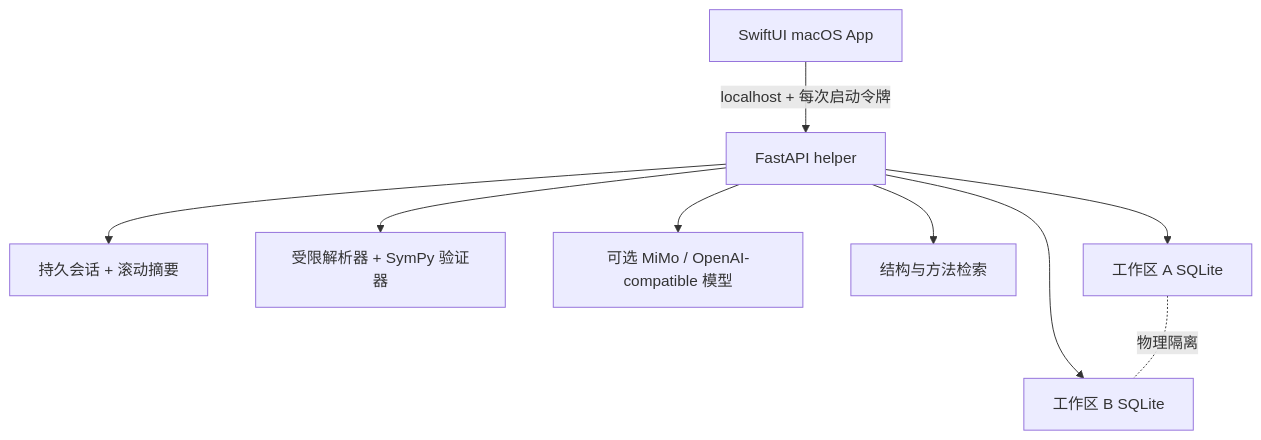
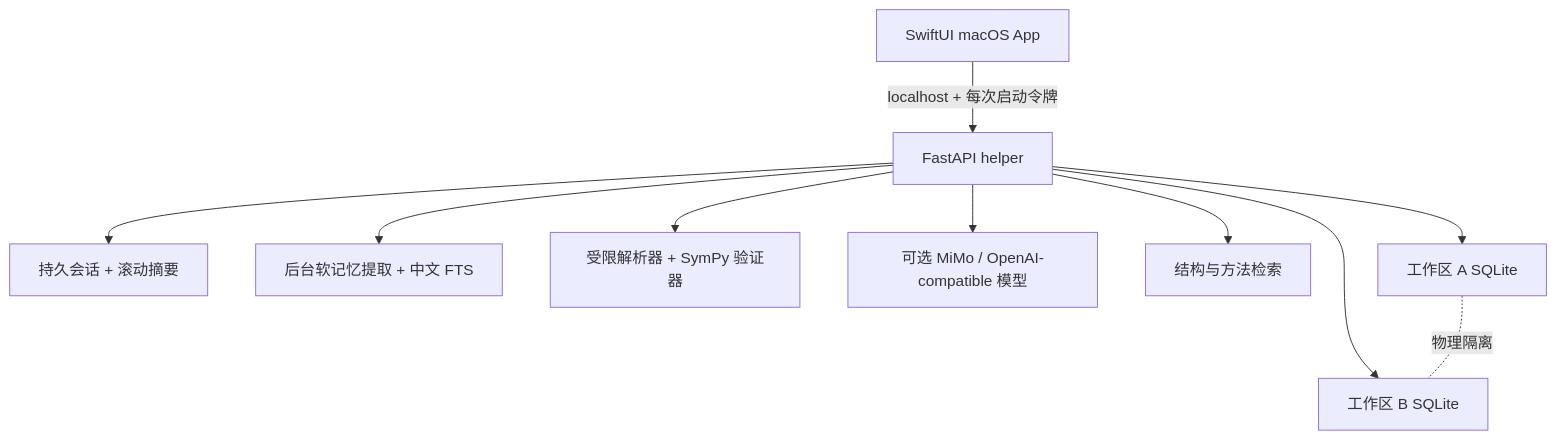
The second of 2 diagrams in README.md (yule1048596-art/math-harness), drawn with Mermaid before and after one commit. The commit also changed other lines of this file and 30 other files, not shown here.

````diff
--- a/README.md
+++ b/README.md
@@ -811,11 +866,12 @@
 ```mermaid
 flowchart TB
     UI["SwiftUI macOS App"] -->|"localhost + 每次启动令牌"| API["FastAPI helper"]
     API --> C["持久会话 + 滚动摘要"]
+    API --> M["后台软记忆提取 + 中文 FTS"]
     API --> V["受限解析器 + SymPy 验证器"]
     API --> LLM["可选 MiMo / OpenAI-compatible 模型"]
     API --> R["结构与方法检索"]
     API --> WA["工作区 A SQLite"]
     API --> WB["工作区 B SQLite"]
     WA -. "物理隔离" .- WB
 ```
````
